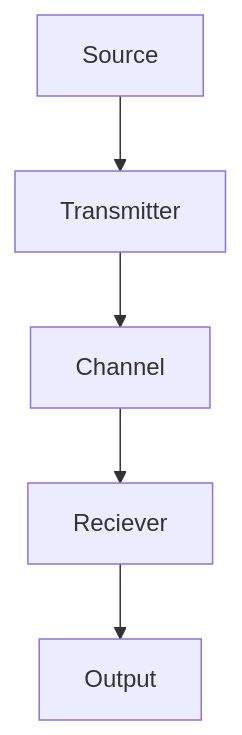
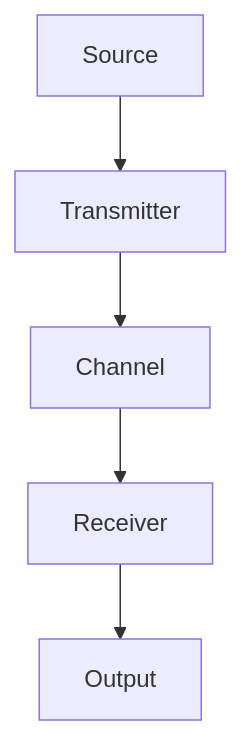
Before and after one commit to VegaDeftwing/OpGuidesHugoSrc: the first of 2 diagrams in content/Engineering/Signals/commsys.md, drawn with Mermaid. The commit also changed other lines of this file and 141 other files, not shown here.

```diff
--- a/content/Engineering/Signals/commsys.md
+++ b/content/Engineering/Signals/commsys.md
@@ -17,7 +17,7 @@
 {{< mermaid >}}
 graph TB
     A[Source] --> B[Transmitter]
     B --> C[Channel]
-    C --> D[Reciever]
+    C --> D[Receiver]
     D --> E[Output]
 {{< /mermaid >}}
```
